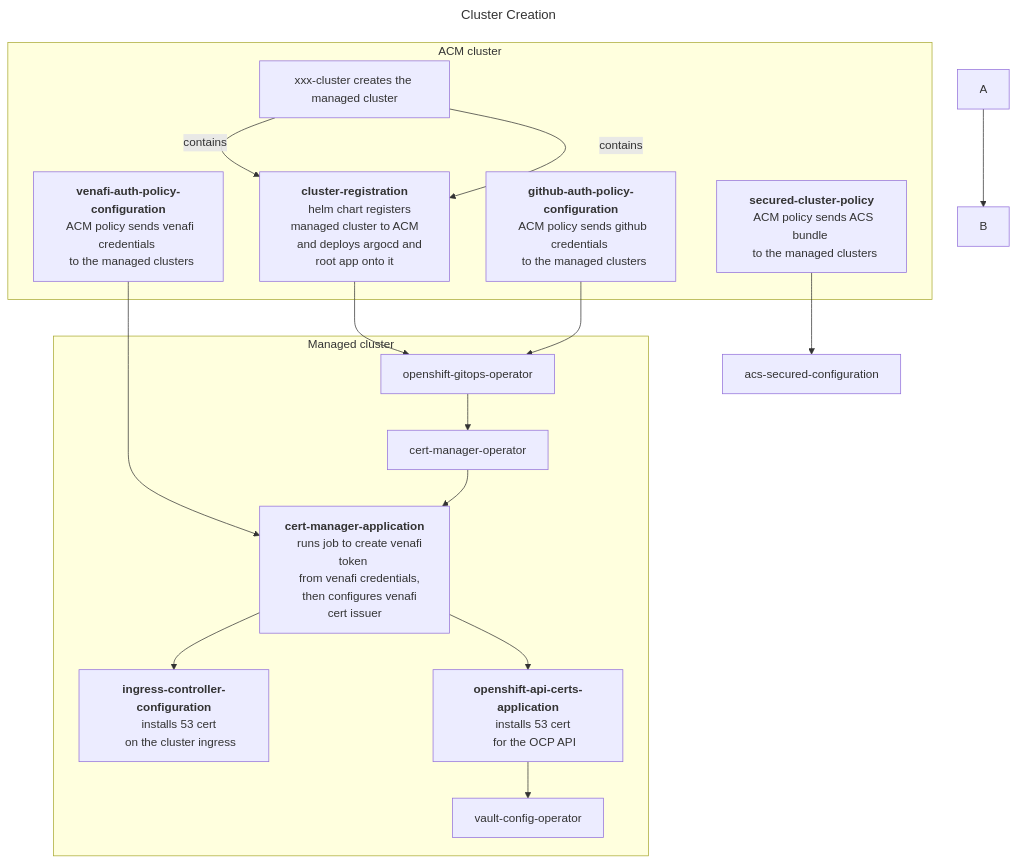
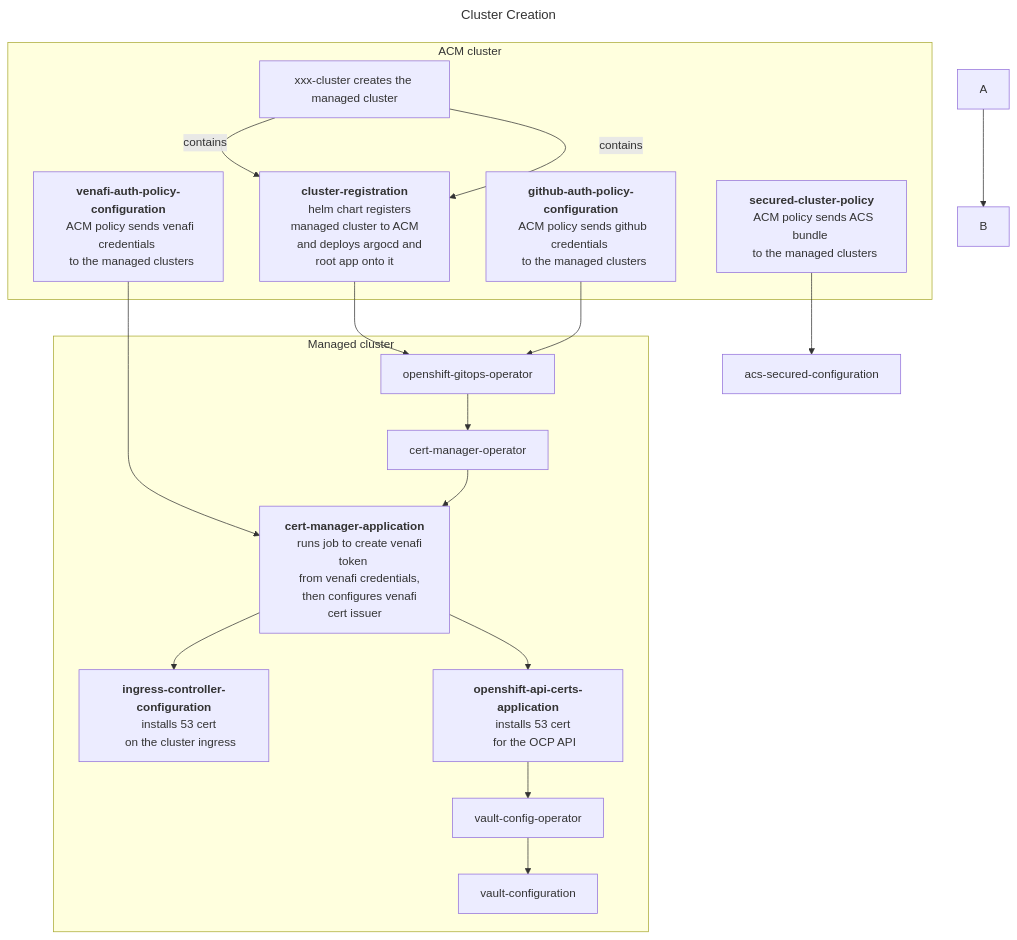
The diagram in test-mermaid/test-mermaid.build.md (mmwillingham/acm), drawn with Mermaid before and after one commit.

````diff
--- a/test-mermaid/test-mermaid.build.md
+++ b/test-mermaid/test-mermaid.build.md
@@ -2,42 +2,43 @@
 ```mermaid
 ---
 title: Cluster Creation
 ---
 flowchart TD
 A --> B
 venafi-auth-policy-configuration --> cert-manager-application
 cluster-registration --> openshift-gitops-operator
 github-auth-policy-configuration --> openshift-gitops-operator
 secured-cluster-policy --> acs-secured-configuration
 subgraph ACM cluster
 xxx-cluster["xxx-cluster creates the managed cluster"] -- contains --> cluster-registration["<b>cluster-registration</b>
   helm chart registers managed cluster to ACM
   and deploys argocd and root app onto it"]
 venafi-auth-policy-configuration["<b>venafi-auth-policy-configuration</b>
   ACM policy sends venafi credentials 
   to the managed clusters"]
 github-auth-policy-configuration["<b>github-auth-policy-configuration</b>
   ACM policy sends github credentials 
   to the managed clusters"]
 secured-cluster-policy["<b>secured-cluster-policy</b>
   ACM policy sends ACS bundle 
   to the managed clusters"]
 end
 subgraph Managed cluster
 xxx-cluster["xxx-cluster creates the managed cluster"] -- contains --> cluster-registration["<b>cluster-registration</b>
     helm chart registers managed cluster to ACM
     and deploys argocd and root app onto it"]
 openshift-gitops-operator --> cert-manager-operator
 cert-manager-operator --> cert-manager-application["<b>cert-manager-application</b>
     runs job to create venafi token 
     from venafi credentials, 
     then configures venafi cert issuer"]
 cert-manager-application --> ingress-controller-configuration["<b>ingress-controller-configuration</b>
     installs 53 cert 
     on the cluster ingress"]
 cert-manager-application --> openshift-api-certs-application["<b>openshift-api-certs-application</b>
     installs 53 cert 
     for the OCP API"]    
 openshift-api-certs-application --> vault-config-operator
+vault-config-operator --> vault-configuration
 end
 ```
````
